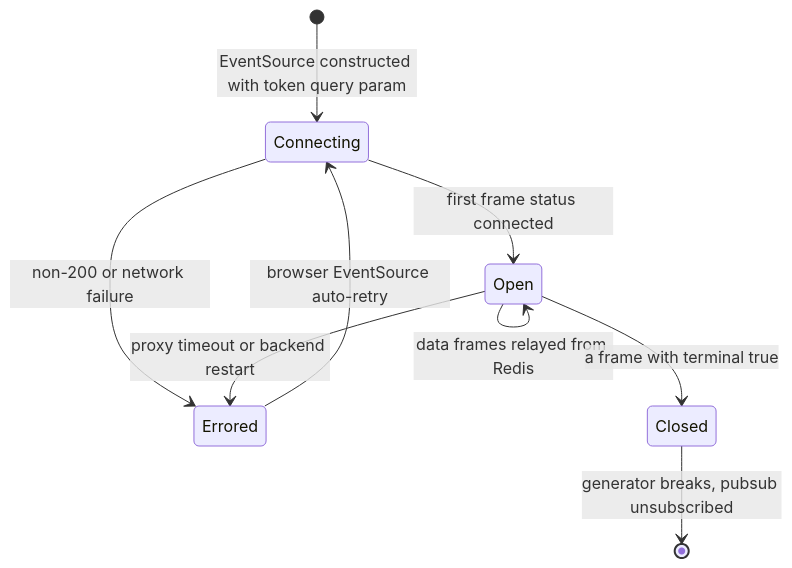
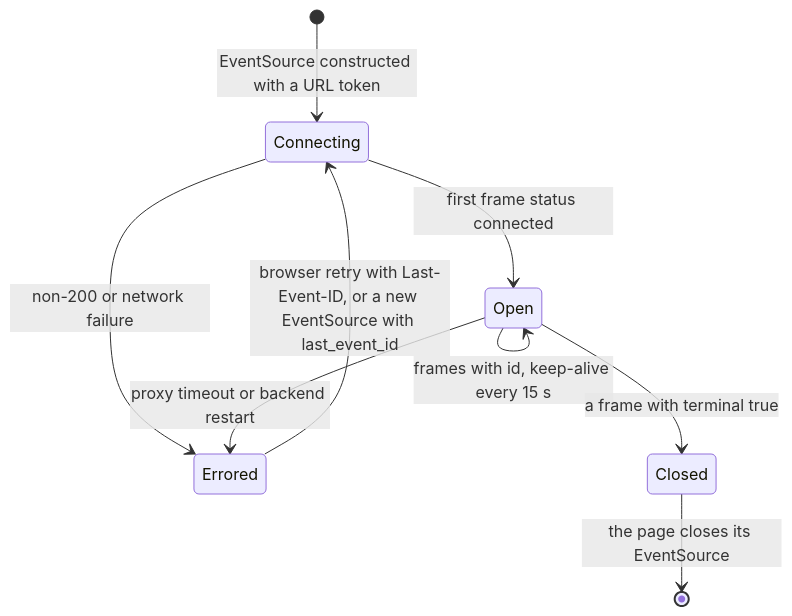
The ninth of 14 diagrams in docs/current/13-gateway-and-realtime.md (gondolerahul/hire-buddha-app), drawn with Mermaid before and after one commit. The commit also changed other lines of this file and 31 other files, not shown here.

````diff
--- a/docs/current/13-gateway-and-realtime.md
+++ b/docs/current/13-gateway-and-realtime.md
@@ -726,11 +743,11 @@
 ```mermaid
 stateDiagram-v2
-    [*] --> Connecting: EventSource constructed with token query param
+    [*] --> Connecting: EventSource constructed with a URL token
     Connecting --> Open: first frame status connected
     Connecting --> Errored: non-200 or network failure
-    Open --> Open: data frames relayed from Redis
+    Open --> Open: frames with id, keep-alive every 15 s
     Open --> Closed: a frame with terminal true
     Open --> Errored: proxy timeout or backend restart
-    Errored --> Connecting: browser EventSource auto-retry
-    Closed --> [*]: generator breaks, pubsub unsubscribed
+    Errored --> Connecting: browser retry with Last-Event-ID, or a new EventSource with last_event_id
+    Closed --> [*]: the page closes its EventSource
 ```
````
